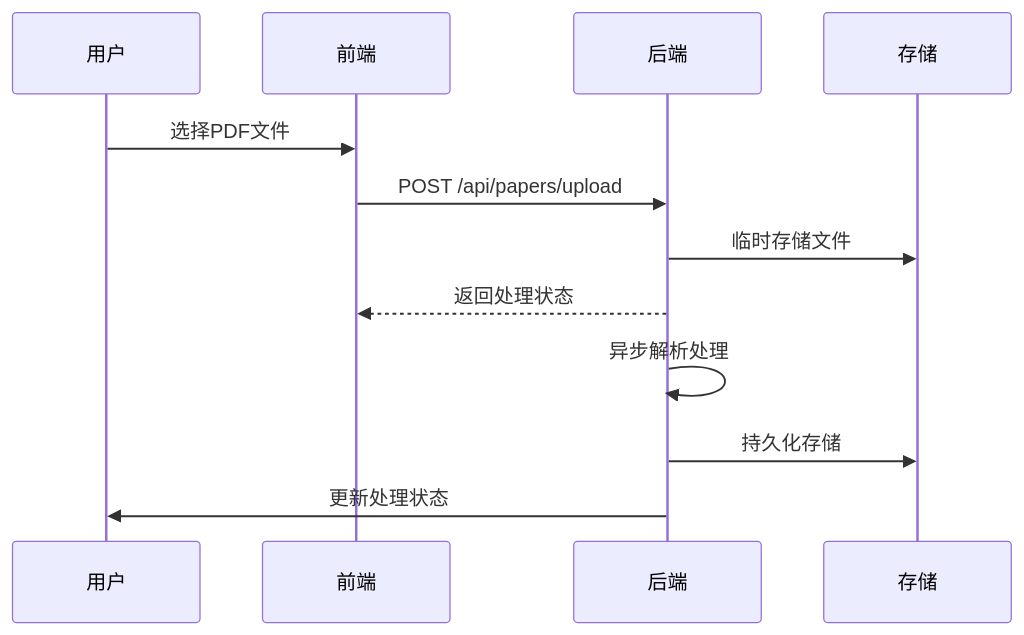
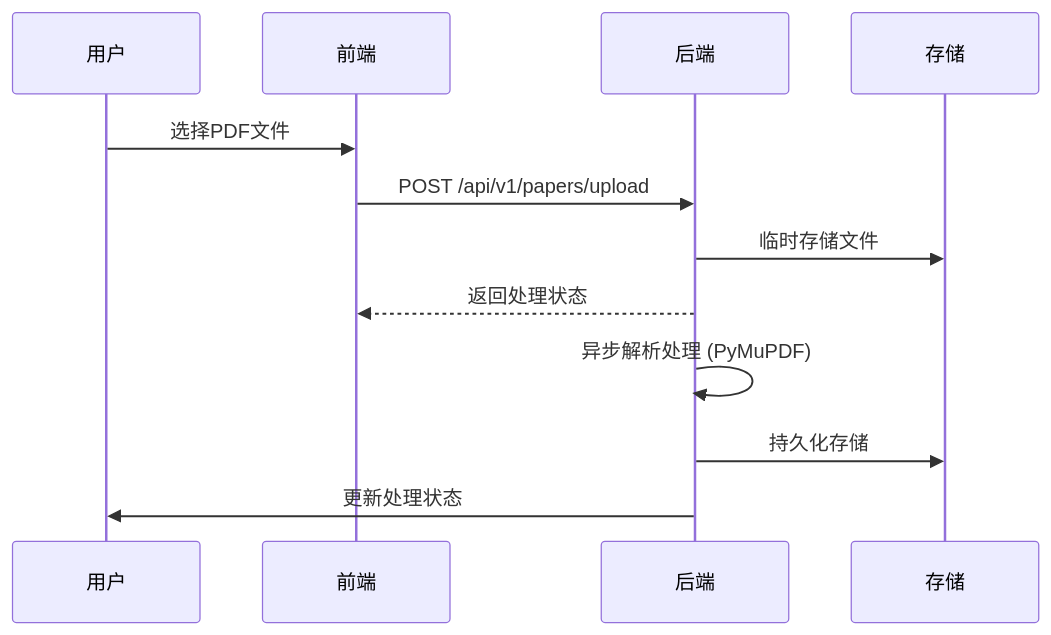
One commit to lvlc233/zky-dpra changed the first of 3 diagrams in AGENT/BackendAgent/Documents/PDF_PROCESSING_AND_AUTH_SYSTEM.md. Above: the diagram before and after it, drawn with Mermaid. The commit also changed other lines of this file and 9 other files, not shown here.

````diff
--- a/AGENT/BackendAgent/Documents/PDF_PROCESSING_AND_AUTH_SYSTEM.md
+++ b/AGENT/BackendAgent/Documents/PDF_PROCESSING_AND_AUTH_SYSTEM.md
@@ -59,15 +59,15 @@
 ```mermaid
 sequenceDiagram
     participant U as 用户
     participant F as 前端
     participant B as 后端
     participant S as 存储
 
     U->>F: 选择PDF文件
-    F->>B: POST /api/papers/upload
+    F->>B: POST /api/v1/papers/upload
     B->>S: 临时存储文件
     B-->>F: 返回处理状态
-    B->>B: 异步解析处理
+    B->>B: 异步解析处理 (PyMuPDF)
     B->>S: 持久化存储
     B->>U: 更新处理状态
 ```
````
